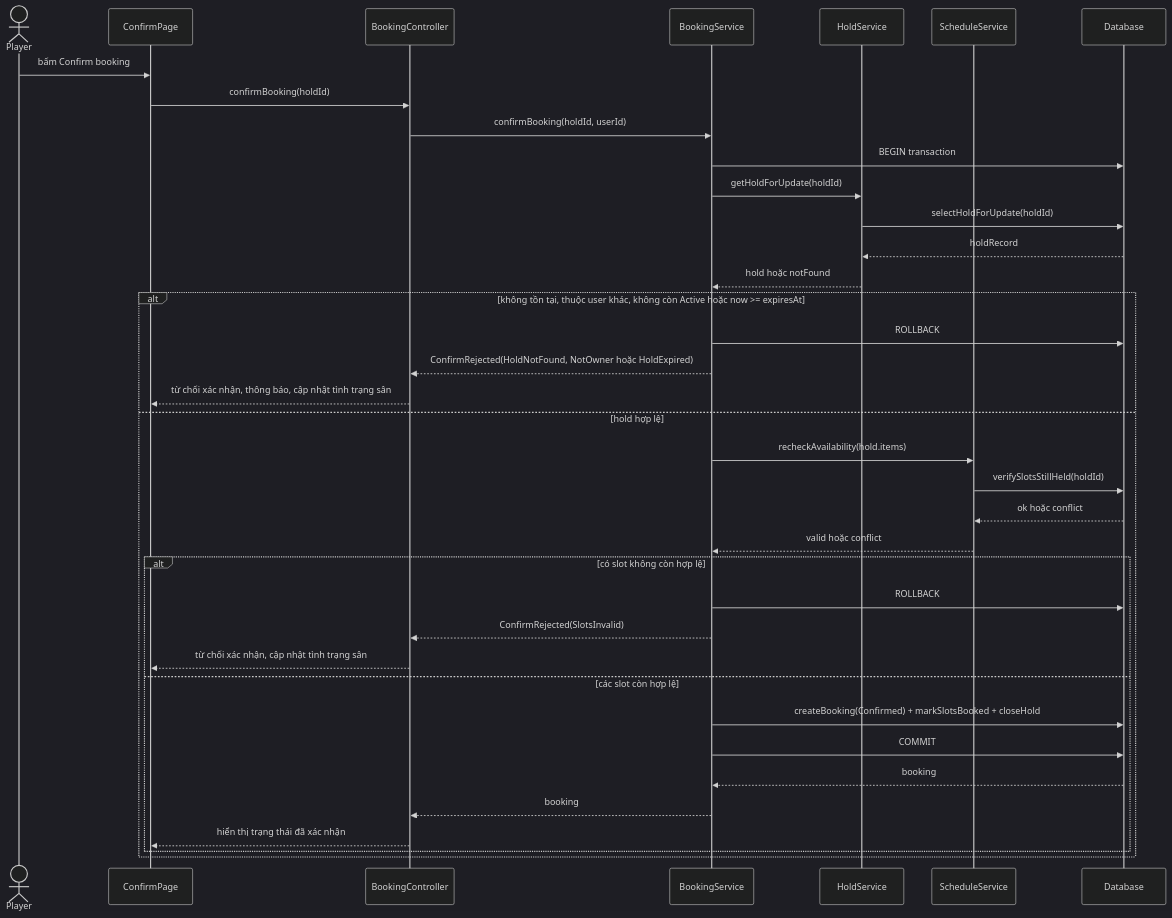
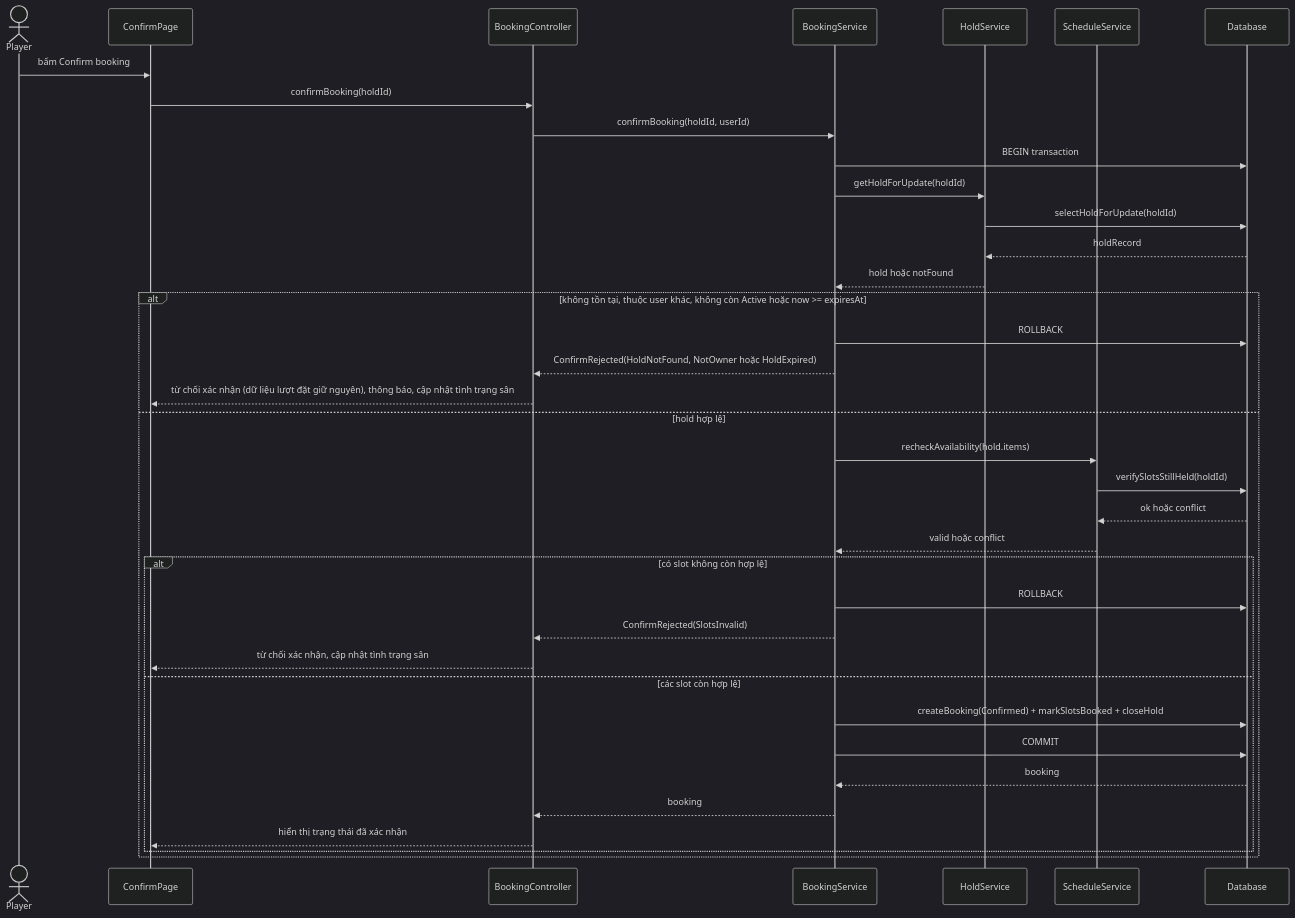
Before and after one commit to buikhoa130406/se-project-t04: the second of 6 diagrams in docs/design/sequences/sequence-diagrams.md, drawn with Mermaid (dark theme). The commit also changed other lines of this file and 2 other files, not shown here.

````diff
--- a/docs/design/sequences/sequence-diagrams.md
+++ b/docs/design/sequences/sequence-diagrams.md
@@ -83,42 +83,42 @@
 ```mermaid
 sequenceDiagram
     actor Player
     participant ConfirmPage
     participant BookingController
     participant BookingService
     participant HoldService
     participant ScheduleService
     participant Database
 
     Player->>ConfirmPage: bấm Confirm booking
     ConfirmPage->>BookingController: confirmBooking(holdId)
     BookingController->>BookingService: confirmBooking(holdId, userId)
     BookingService->>Database: BEGIN transaction
     BookingService->>HoldService: getHoldForUpdate(holdId)
     HoldService->>Database: selectHoldForUpdate(holdId)
     Database-->>HoldService: holdRecord
     HoldService-->>BookingService: hold hoặc notFound
 
     alt không tồn tại, thuộc user khác, không còn Active hoặc now >= expiresAt
         BookingService->>Database: ROLLBACK
         BookingService-->>BookingController: ConfirmRejected(HoldNotFound, NotOwner hoặc HoldExpired)
-        BookingController-->>ConfirmPage: từ chối xác nhận, thông báo, cập nhật tình trạng sân
+        BookingController-->>ConfirmPage: từ chối xác nhận (dữ liệu lượt đặt giữ nguyên), thông báo, cập nhật tình trạng sân
     else hold hợp lệ
         BookingService->>ScheduleService: recheckAvailability(hold.items)
         ScheduleService->>Database: verifySlotsStillHeld(holdId)
         Database-->>ScheduleService: ok hoặc conflict
         ScheduleService-->>BookingService: valid hoặc conflict
 
         alt có slot không còn hợp lệ
             BookingService->>Database: ROLLBACK
             BookingService-->>BookingController: ConfirmRejected(SlotsInvalid)
             BookingController-->>ConfirmPage: từ chối xác nhận, cập nhật tình trạng sân
         else các slot còn hợp lệ
             BookingService->>Database: createBooking(Confirmed) + markSlotsBooked + closeHold
             BookingService->>Database: COMMIT
             Database-->>BookingService: booking
             BookingService-->>BookingController: booking
             BookingController-->>ConfirmPage: hiển thị trạng thái đã xác nhận
         end
     end
 ```
````
